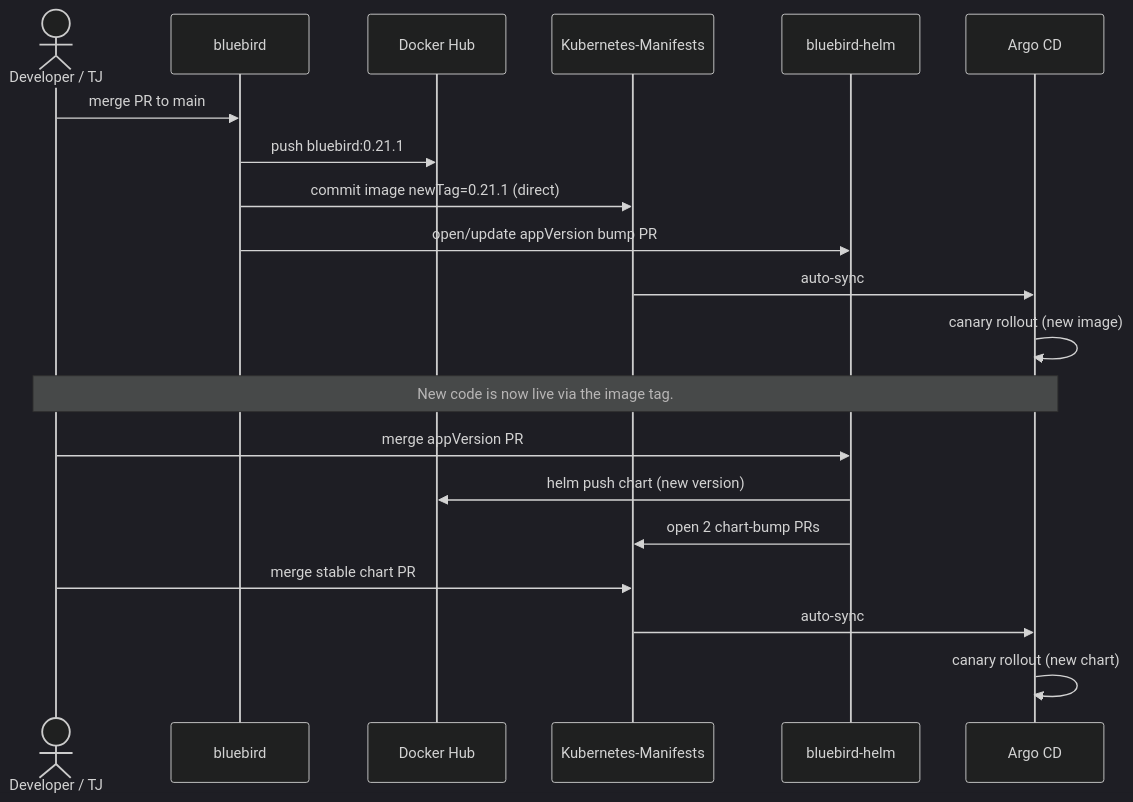
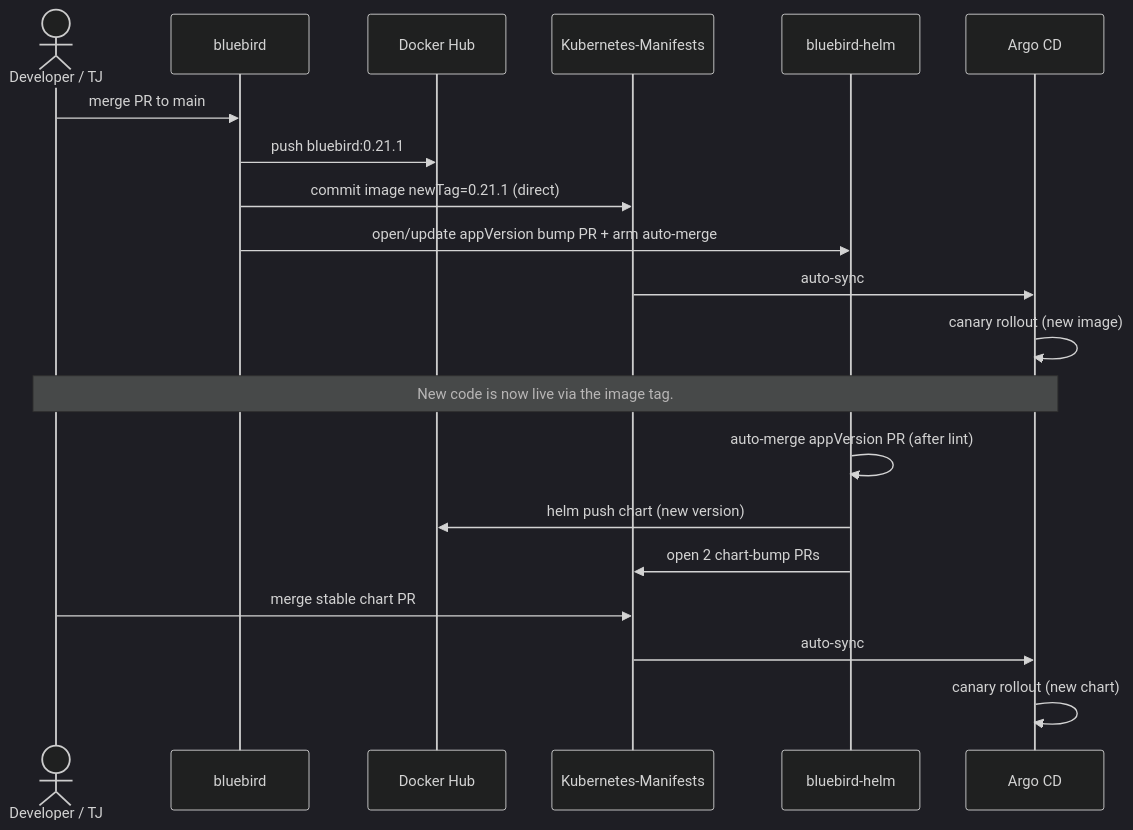
Before and after one commit to zimmertr/bluebird: the fourth of 4 diagrams in docs/CICD.md, drawn with Mermaid (dark theme). The commit also changed other lines of this file and 1 other file, not shown here.

First line of the commit message:
ci: auto-merge the bluebird-helm appVersion bump PR

````diff
--- a/docs/CICD.md
+++ b/docs/CICD.md
@@ -279,23 +295,23 @@
 ```mermaid
 sequenceDiagram
     actor Dev as Developer / TJ
     participant BB as bluebird
     participant DH as Docker Hub
     participant KM as Kubernetes-Manifests
     participant HELM as bluebird-helm
     participant ARGO as Argo CD
 
     Dev->>BB: merge PR to main
     BB->>DH: push bluebird:0.21.1
     BB->>KM: commit image newTag=0.21.1 (direct)
-    BB->>HELM: open/update appVersion bump PR
+    BB->>HELM: open/update appVersion bump PR + arm auto-merge
     KM->>ARGO: auto-sync
     ARGO->>ARGO: canary rollout (new image)
     Note over Dev,ARGO: New code is now live via the image tag.
-    Dev->>HELM: merge appVersion PR
+    HELM->>HELM: auto-merge appVersion PR (after lint)
     HELM->>DH: helm push chart (new version)
     HELM->>KM: open 2 chart-bump PRs
     Dev->>KM: merge stable chart PR
     KM->>ARGO: auto-sync
     ARGO->>ARGO: canary rollout (new chart)
 ```
````
